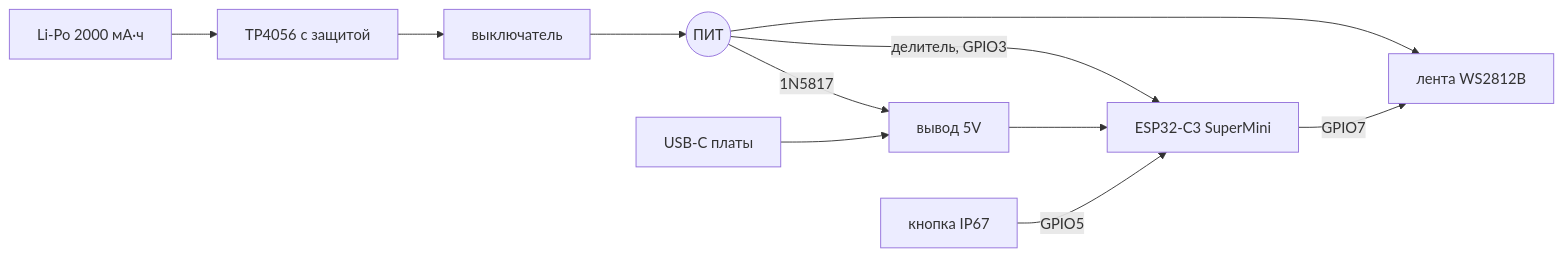
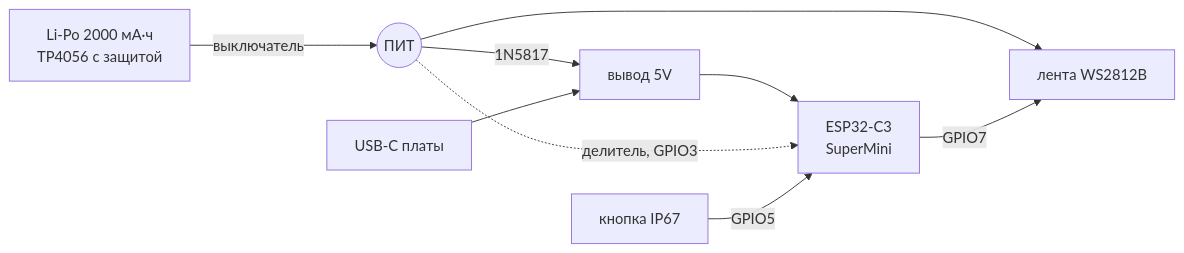
One commit to Ithinkimbulletproof/light-up_collar changed the first of 2 diagrams in README.md. Above: the diagram before and after it, drawn with Mermaid. The commit also changed other lines of this file and 10 other files, not shown here.

````diff
--- a/README.md
+++ b/README.md
@@ -45,10 +45,11 @@
 ```mermaid
 flowchart LR
-    bat["Li-Po 2000 мА·ч"] --> tp["TP4056 с защитой"] --> sw["выключатель"] --> pit(("ПИТ"))
+    bat["Li-Po 2000 мА·ч<br/>TP4056 с защитой"] -- "выключатель" --> pit(("ПИТ"))
     pit --> strip["лента WS2812B"]
-    pit -- "делитель, GPIO3" --> esp["ESP32-C3 SuperMini"]
     pit -- "1N5817" --> v5["вывод 5V"]
-    usb["USB-C платы"] --> v5 --> esp
+    usb["USB-C платы"] --> v5
+    v5 --> esp["ESP32-C3<br/>SuperMini"]
+    pit -. "делитель, GPIO3" .-> esp
     esp -- "GPIO7" --> strip
     btn["кнопка IP67"] -- "GPIO5" --> esp
 ```
````
